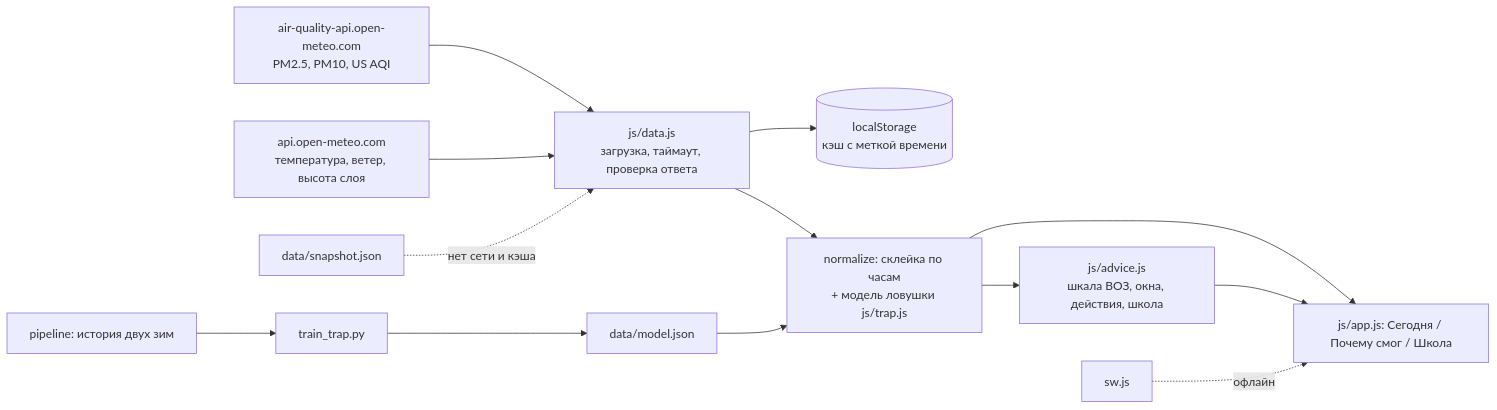
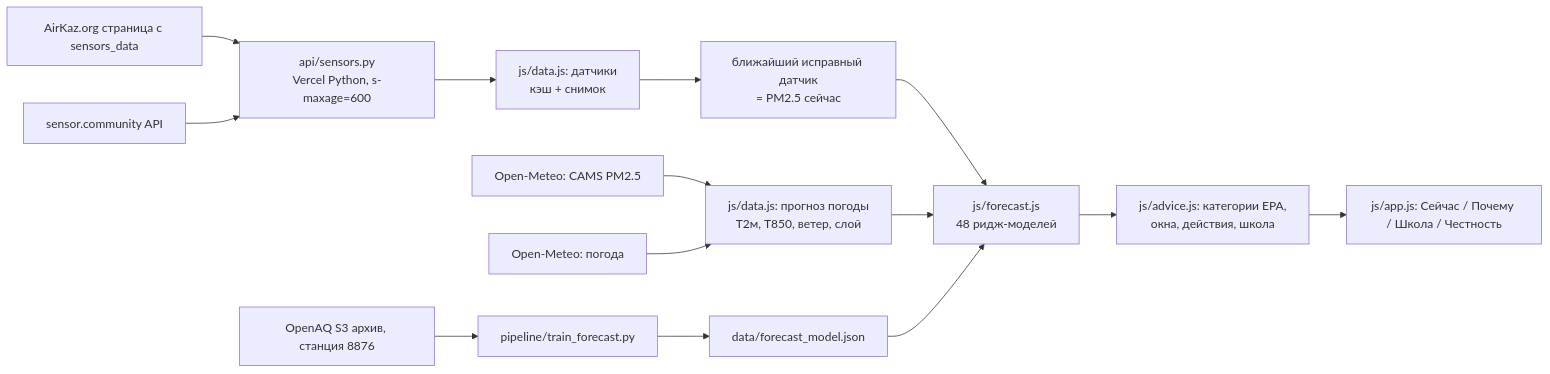
One commit to skibidist1/taza-tynys changed the diagram in README.md. Above: the diagram before and after it, drawn with Mermaid. The commit also changed other lines of this file and 1 other file, not shown here.

Commit message:
docs: README and SPEC for the D14 course (real sensors, 48h forecast, school first)

````diff
--- a/README.md
+++ b/README.md
@@ -69,13 +74,14 @@
 ```mermaid
 flowchart LR
-  AQ[air-quality-api.open-meteo.com<br>PM2.5, PM10, US AQI] --> D[js/data.js<br>загрузка, таймаут, проверка ответа]
-  WX[api.open-meteo.com<br>температура, ветер, высота слоя] --> D
-  D --> C[(localStorage<br>кэш с меткой времени)]
-  S[data/snapshot.json] -. нет сети и кэша .-> D
-  D --> N[normalize: склейка по часам<br>+ модель ловушки js/trap.js]
-  N --> A[js/advice.js<br>шкала ВОЗ, окна, действия, школа]
-  N --> UI[js/app.js: Сегодня / Почему смог / Школа]
-  A --> UI
-  H[pipeline: история двух зим] --> T[train_trap.py] --> M[data/model.json] --> N
-  SW[sw.js] -. офлайн .-> UI
+  AK[AirKaz.org страница с sensors_data] --> API[api/sensors.py<br>Vercel Python, s-maxage=600]
+  SC[sensor.community API] --> API
+  API --> S[js/data.js: датчики<br>кэш + снимок]
+  AQ[Open-Meteo: CAMS PM2.5] --> F[js/data.js: прогноз погоды<br>T2м, T850, ветер, слой]
+  WX[Open-Meteo: погода] --> F
+  S --> N[ближайший исправный датчик<br>= PM2.5 сейчас]
+  N --> M[js/forecast.js<br>48 ридж-моделей]
+  F --> M
+  M --> A[js/advice.js: категории EPA,<br>окна, действия, школа]
+  A --> UI[js/app.js: Сейчас / Почему / Школа / Честность]
+  H[OpenAQ S3 архив, станция 8876] --> T[pipeline/train_forecast.py] --> J[data/forecast_model.json] --> M
 ```
````
